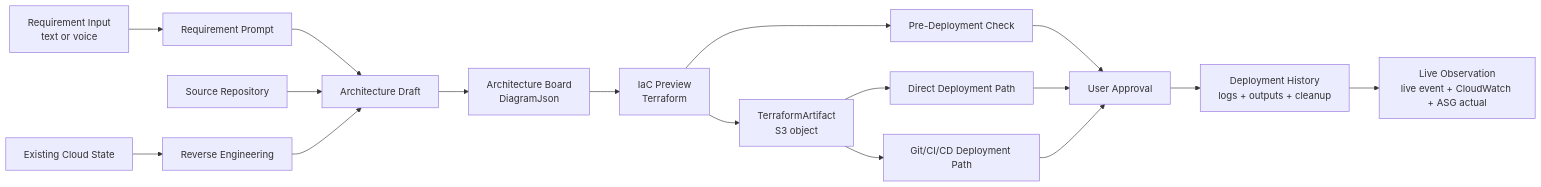
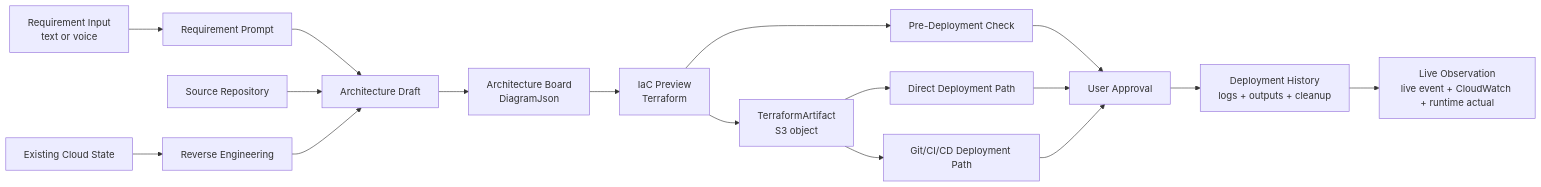
One commit to NearthYou/SketchCatch changed the second of 2 diagrams in docs/architecture.md. Above: the diagram before and after it, drawn with Mermaid. The commit also changed other lines of this file and 173 other files, not shown here.

````diff
--- a/docs/architecture.md
+++ b/docs/architecture.md
@@ -123,19 +123,19 @@
 ```mermaid
 flowchart LR
   Input["Requirement Input\ntext or voice"] --> Prompt["Requirement Prompt"]
   Prompt --> Draft["Architecture Draft"]
   Repo["Source Repository"] --> Draft
   Existing["Existing Cloud State"] --> Reverse["Reverse Engineering"]
   Reverse --> Draft
   Draft --> Board["Architecture Board\nDiagramJson"]
   Board --> IaC["IaC Preview\nTerraform"]
   IaC --> Check["Pre-Deployment Check"]
   IaC --> Artifact["TerraformArtifact\nS3 object"]
   Artifact --> Direct["Direct Deployment Path"]
   Artifact --> Git["Git/CI/CD Deployment Path"]
   Check --> Approval["User Approval"]
   Direct --> Approval
   Git --> Approval
   Approval --> History["Deployment History\nlogs + outputs + cleanup"]
-  History --> Observe["Live Observation\nlive event + CloudWatch + ASG actual"]
+  History --> Observe["Live Observation\nlive event + CloudWatch + runtime actual"]
 ```
````
